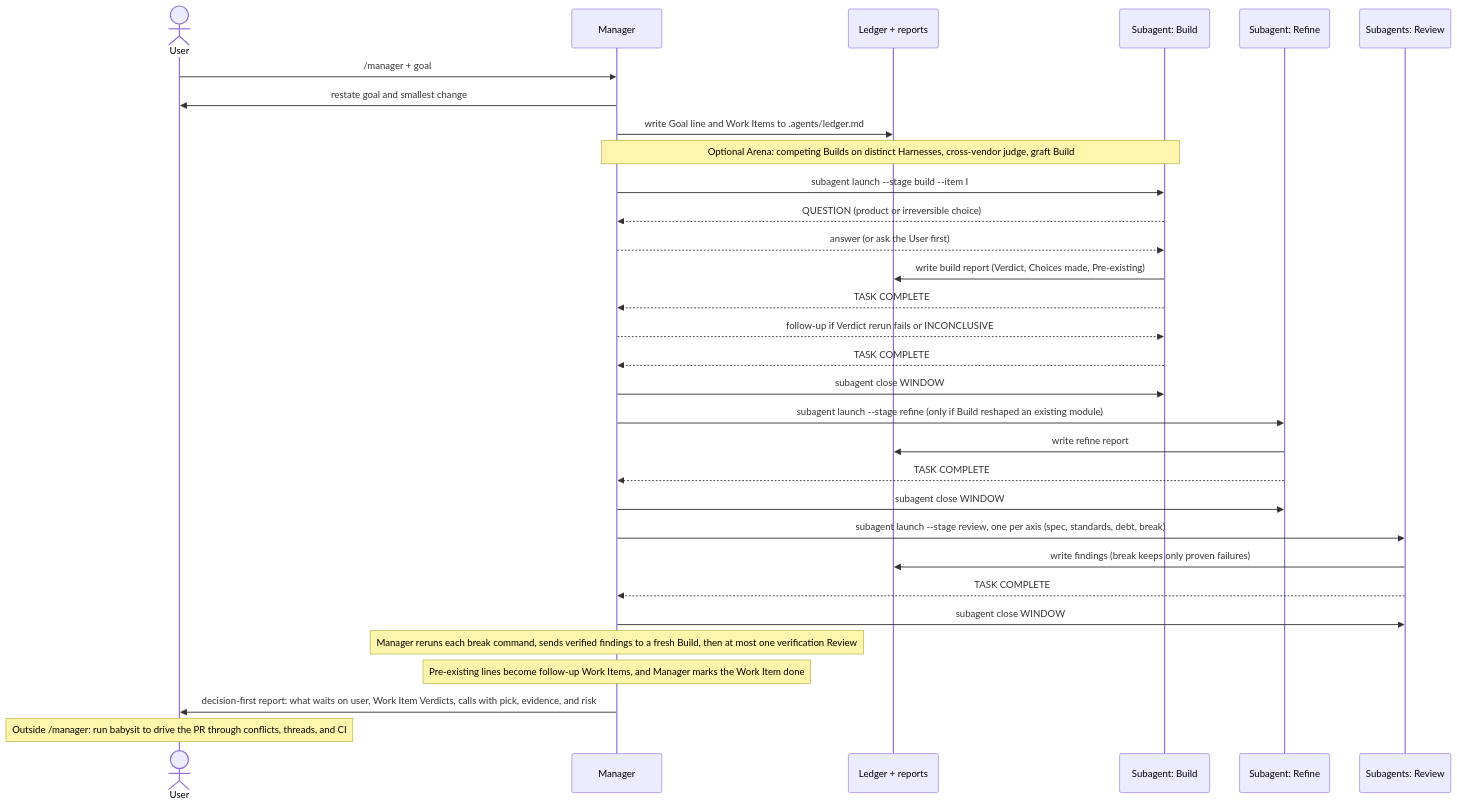
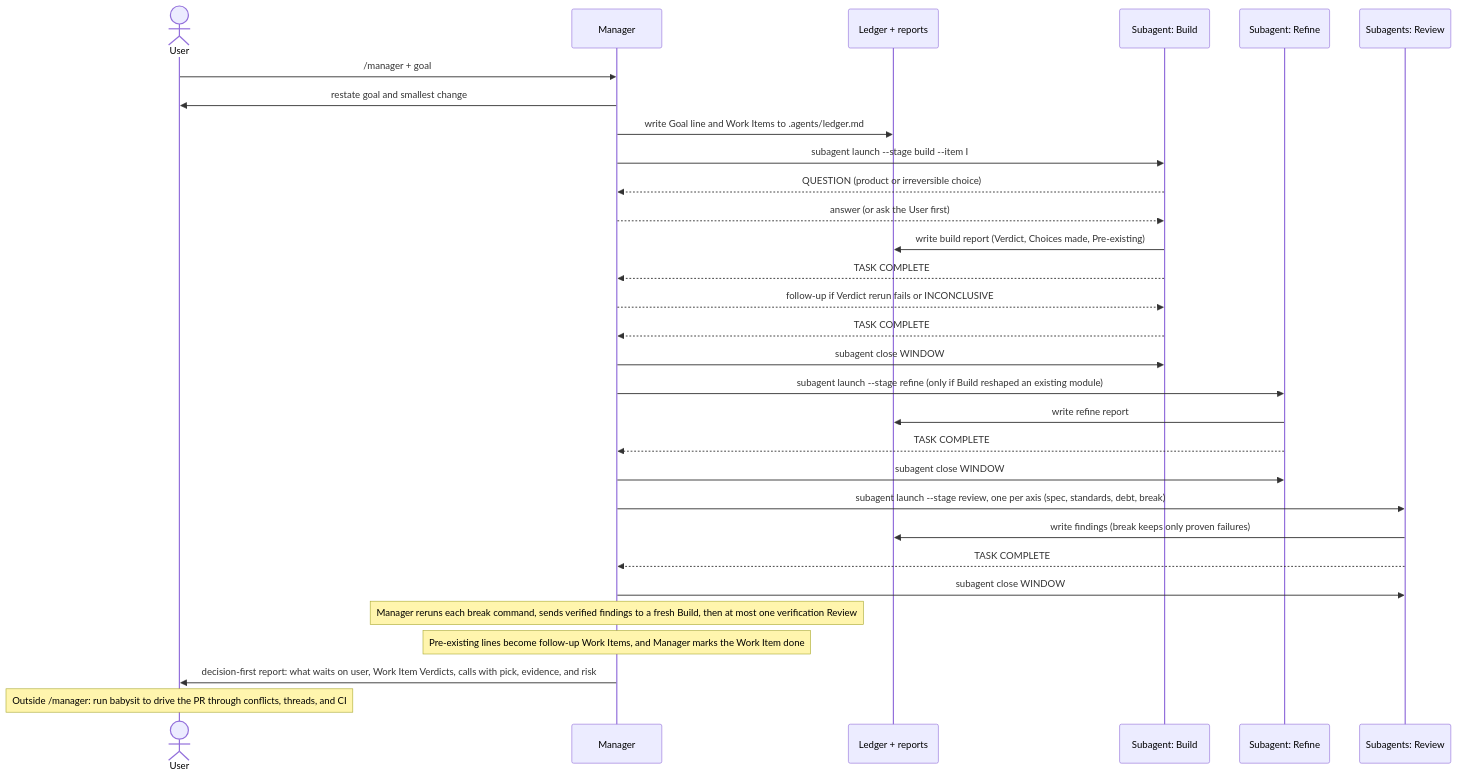
Before and after one commit to vieitesss/dotfiles: the second of 2 diagrams in docs/workflow.md, drawn with Mermaid. The commit also changed other lines of this file and 6 other files, not shown here.

````diff
--- a/docs/workflow.md
+++ b/docs/workflow.md
@@ -131,34 +122,33 @@
 ```mermaid
 sequenceDiagram
     actor U as User
     participant M as Manager
     participant L as Ledger + reports
     participant B as Subagent: Build
     participant R as Subagent: Refine
     participant V as Subagents: Review
 
     U->>M: /manager + goal
     M->>U: restate goal and smallest change
     M->>L: write Goal line and Work Items to .agents/ledger.md
-    Note over M,B: Optional Arena: competing Builds on distinct Harnesses, cross-vendor judge, graft Build
     M->>B: subagent launch --stage build --item I
     B-->>M: QUESTION (product or irreversible choice)
     M-->>B: answer (or ask the User first)
     B->>L: write build report (Verdict, Choices made, Pre-existing)
     B-->>M: TASK COMPLETE
     M-->>B: follow-up if Verdict rerun fails or INCONCLUSIVE
     B-->>M: TASK COMPLETE
     M->>B: subagent close WINDOW
     M->>R: subagent launch --stage refine (only if Build reshaped an existing module)
     R->>L: write refine report
     R-->>M: TASK COMPLETE
     M->>R: subagent close WINDOW
     M->>V: subagent launch --stage review, one per axis (spec, standards, debt, break)
     V->>L: write findings (break keeps only proven failures)
     V-->>M: TASK COMPLETE
     M->>V: subagent close WINDOW
     Note over M: Manager reruns each break command, sends verified findings to a fresh Build, then at most one verification Review
     Note over M: Pre-existing lines become follow-up Work Items, and Manager marks the Work Item done
     M->>U: decision-first report: what waits on user, Work Item Verdicts, calls with pick, evidence, and risk
     Note over U: Outside /manager: run babysit to drive the PR through conflicts, threads, and CI
 ```
````
